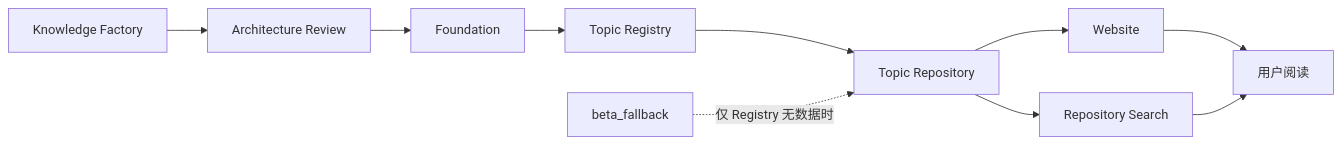
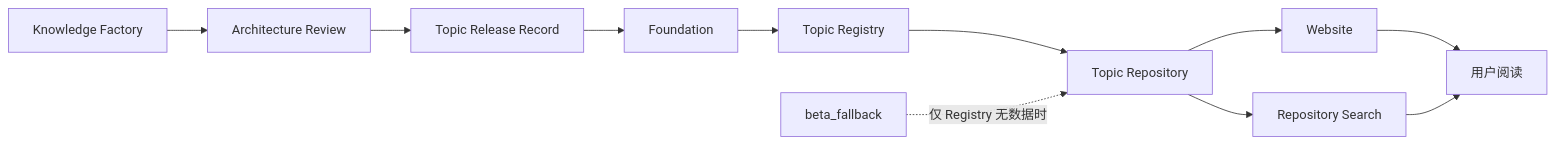
One commit to huirongy0609/- changed the first of 2 diagrams in docs/foundation-integration-architecture-v1.0.md. Above: the diagram before and after it, drawn with Mermaid. The commit also changed other lines of this file and 11 other files, not shown here.

Commit message:
test(foundation): verify first Topic release flow

````diff
--- a/docs/foundation-integration-architecture-v1.0.md
+++ b/docs/foundation-integration-architecture-v1.0.md
@@ -9,12 +9,13 @@
 ```mermaid
 flowchart LR
   KF["Knowledge Factory"] --> AR["Architecture Review"]
-  AR --> F["Foundation"]
+  AR --> RR["Topic Release Record"]
+  RR --> F["Foundation"]
   F --> TR["Topic Registry"]
   TR --> R["Topic Repository"]
   R --> W["Website"]
   R --> S["Repository Search"]
   W --> U["用户阅读"]
   S --> U
   BF["beta_fallback"] -. "仅 Registry 无数据时" .-> R
 ```
````
